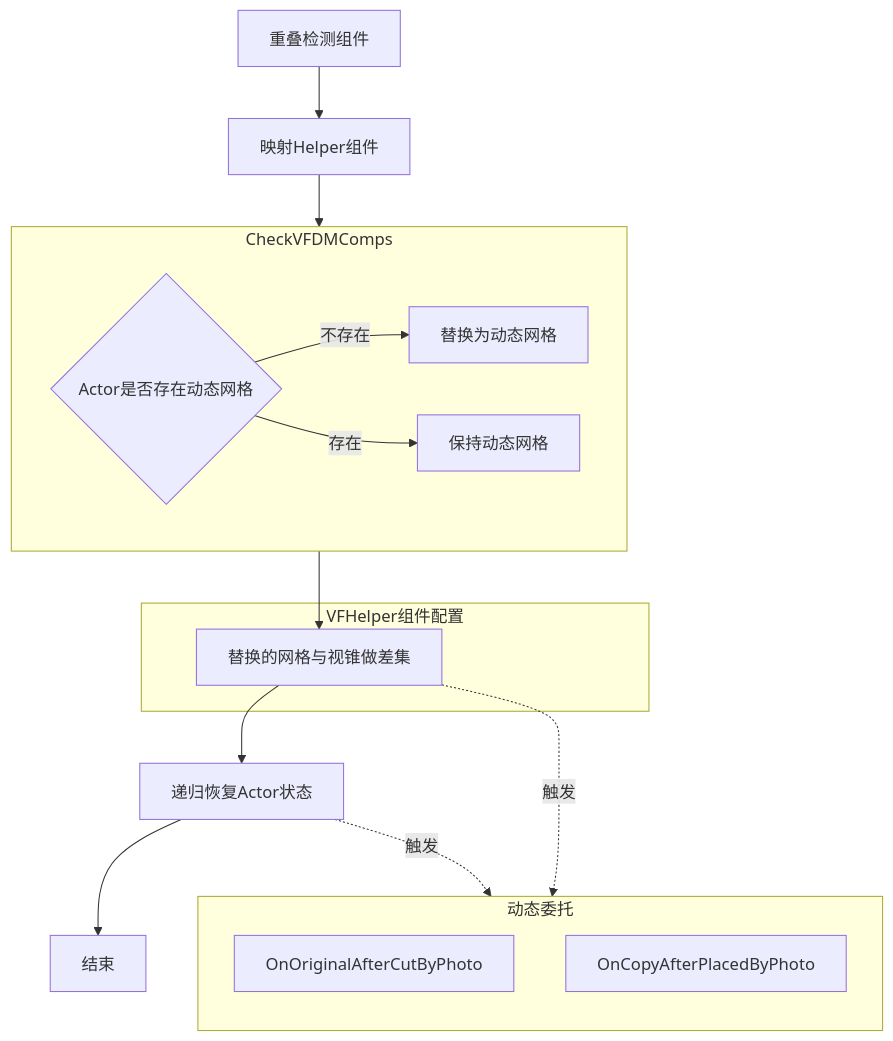
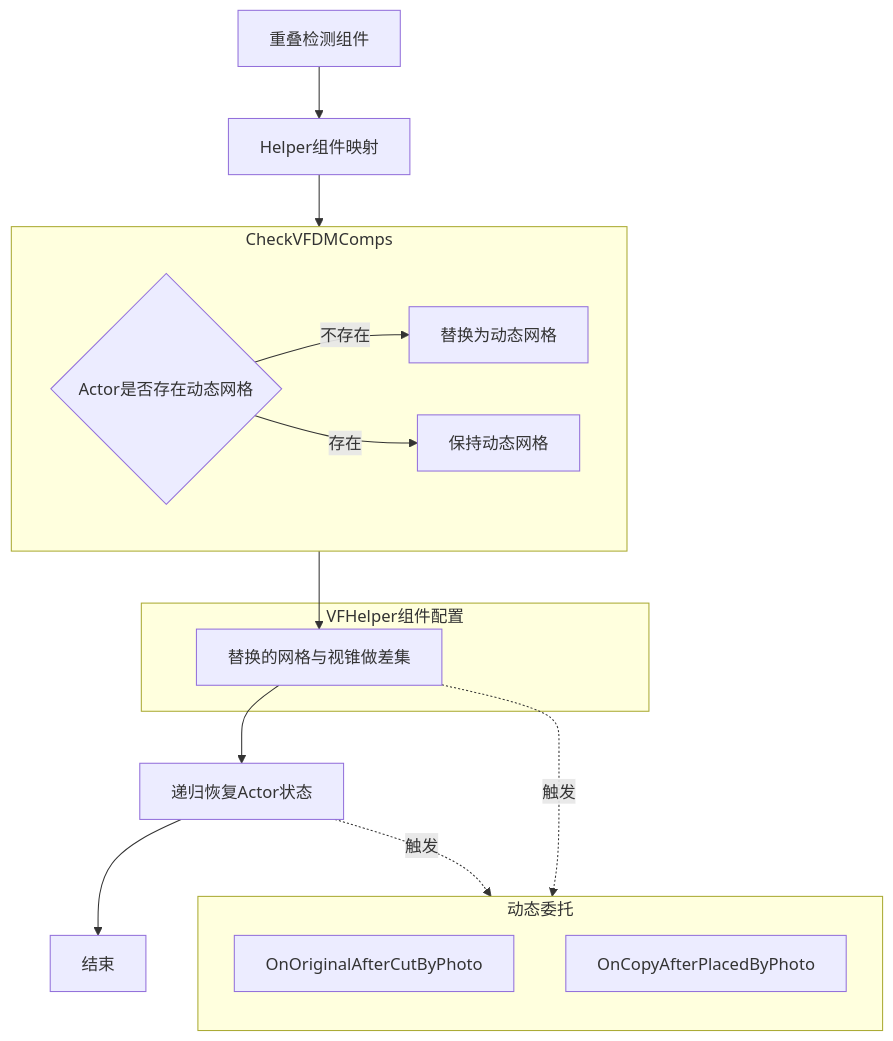
The eighth of 9 diagrams in README.zh.md (StrangeDS/ViewFinderRe), drawn with Mermaid before and after one commit. The commit also changed other lines of this file and 1 other file, not shown here.

````diff
--- a/README.zh.md
+++ b/README.zh.md
@@ -1188,29 +1334,29 @@
 ```mermaid
 flowchart TB
-    A[重叠检测组件] --> B[映射Helper组件] --> sg1 --> C[替换的网格与视锥做差集] --> D[递归恢复Actor状态] --> E[结束]
+    A[重叠检测组件] --> B[Helper组件映射] --> sg1 --> C[替换的网格与视锥做差集] --> D[递归恢复Actor状态] --> E[结束]
 
     subgraph sg1 [CheckVFDMComps]
         direction LR
         sg1A{Actor是否存在动态网格} -->|不存在| sg1B[替换为动态网格]
         sg1A -->|存在| sg1C[保持动态网格]
     end
 
     subgraph sg2 [VFHelper组件配置]
         C
     end
 
     subgraph delegates [动态委托]
         direction TB
         dC[OnOriginalAfterCutByPhoto]
         dG[OnCopyAfterPlacedByPhoto]
     end
 
     class A,B,C,D,E main;
     class sg1A condition;
     class dC,dG delegate;
     class sg1,sg2,delegates subCluster;
 
     %% 连接线优化
     C -.->|触发| dC
     D -.->|触发| dG
 ```
````
